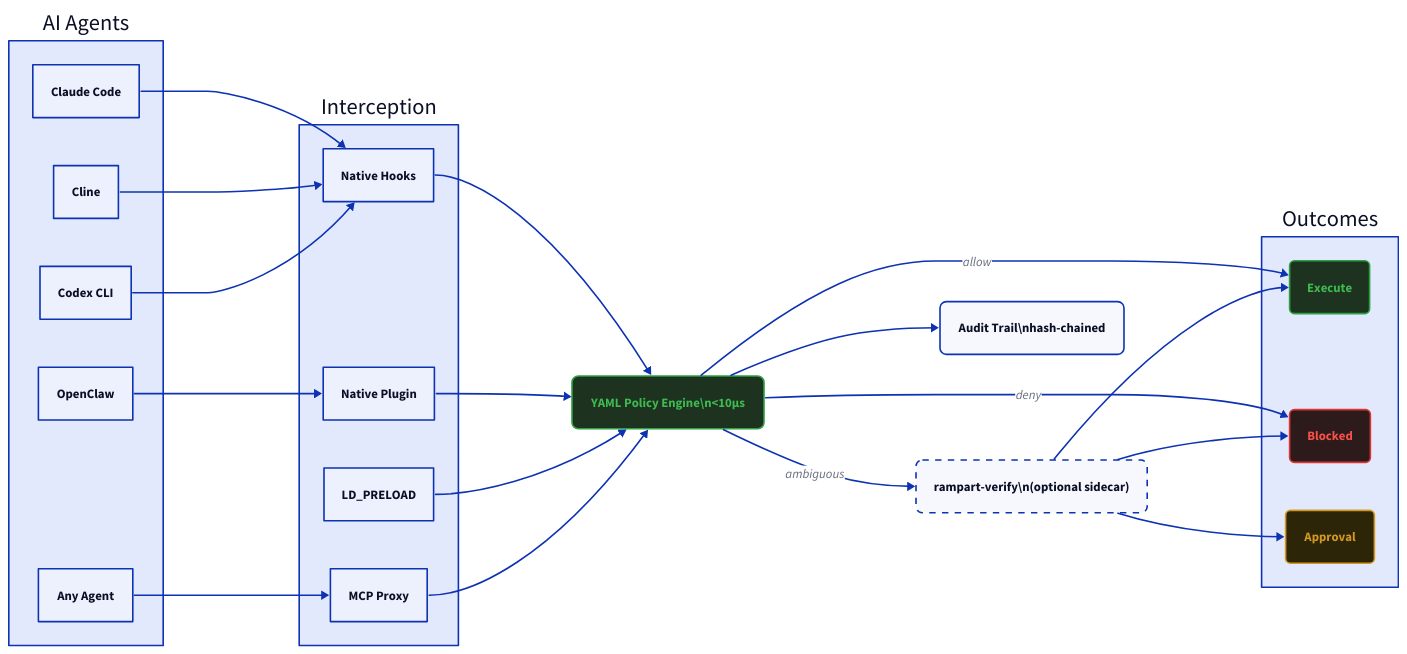
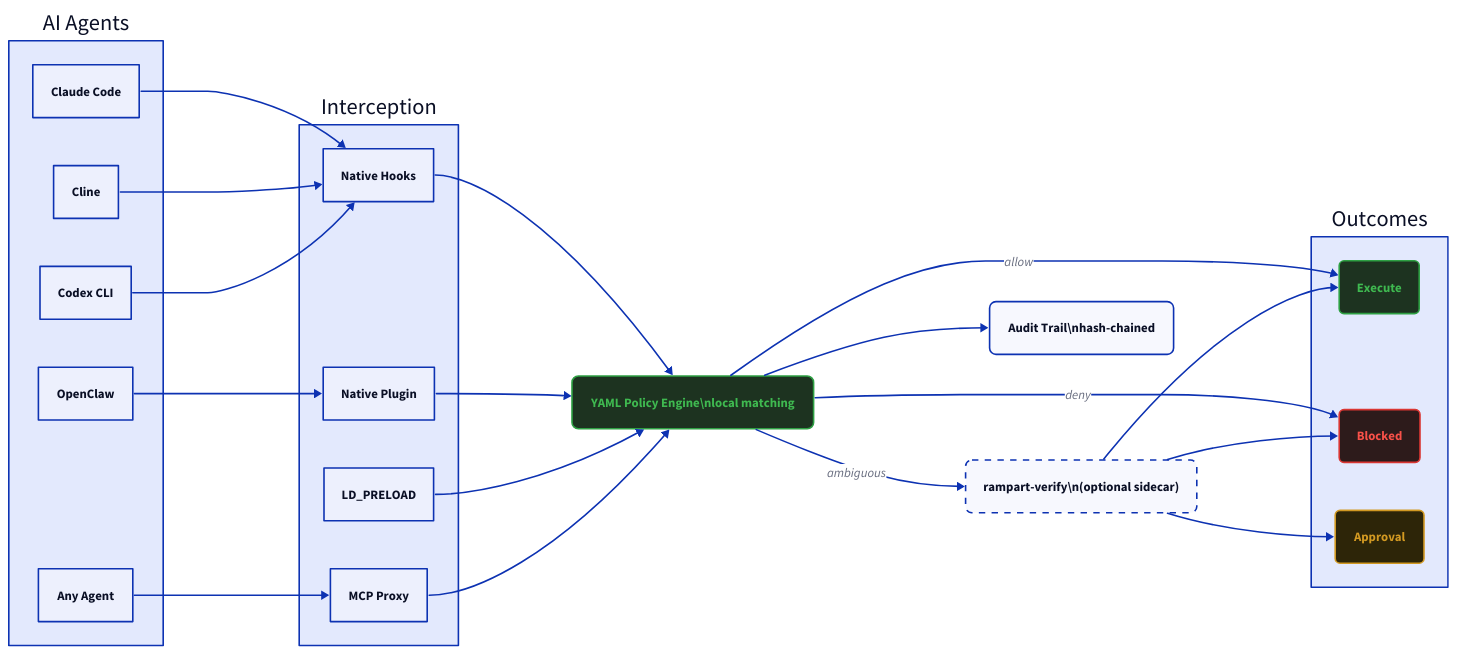
The diagram in docs-site/index.md (peg/rampart), drawn with D2 before and after one commit. The commit also changed other lines of this file and 42 other files, not shown here.

````diff
--- a/docs-site/index.md
+++ b/docs-site/index.md
@@ -114,78 +135,78 @@
 ```d2
 direction: right
 
 agents: {
   label: "AI Agents"
   claude: "Claude Code"
   cline: "Cline"
   openclaw: "OpenClaw"
   codex: "Codex CLI"
   other: "Any Agent"
 }
 
 intercept: {
   label: "Interception"
   hooks: "Native Hooks"
   plugin: "Native Plugin"
   preload: "LD_PRELOAD"
   mcp: "MCP Proxy"
 }
 
-engine: "YAML Policy Engine\\n<10μs" {
+engine: "YAML Policy Engine\\nlocal matching" {
   style.fill: "#1d3320"
   style.stroke: "#2ea043"
   style.font-color: "#3fb950"
   style.border-radius: 8
 }
 
 verify: "rampart-verify\\n(optional sidecar)" {
   style.stroke-dash: 4
   style.border-radius: 8
 }
 
 audit: "Audit Trail\\nhash-chained" {
   style.border-radius: 8
 }
 
 outcomes: {
   label: "Outcomes"
   allow: "Execute" {
     style.fill: "#1d3320"
     style.stroke: "#2ea043"
     style.font-color: "#3fb950"
     style.border-radius: 6
   }
   deny: "Blocked" {
     style.fill: "#2d1b1b"
     style.stroke: "#da3633"
     style.font-color: "#f85149"
     style.border-radius: 6
   }
   approval: "Approval" {
     style.fill: "#2d2508"
     style.stroke: "#d29922"
     style.font-color: "#d29922"
     style.border-radius: 6
   }
 }
 
 agents.claude -> intercept.hooks
 agents.cline -> intercept.hooks
 agents.openclaw -> intercept.plugin
 agents.codex -> intercept.hooks
 agents.other -> intercept.mcp
 
 intercept.hooks -> engine
 intercept.plugin -> engine
 intercept.preload -> engine
 intercept.mcp -> engine
 
 engine -> outcomes.allow: "allow"
 engine -> outcomes.deny: "deny"
 engine -> verify: "ambiguous"
 engine -> audit
 
 verify -> outcomes.allow
 verify -> outcomes.deny
 verify -> outcomes.approval
 ```
````
